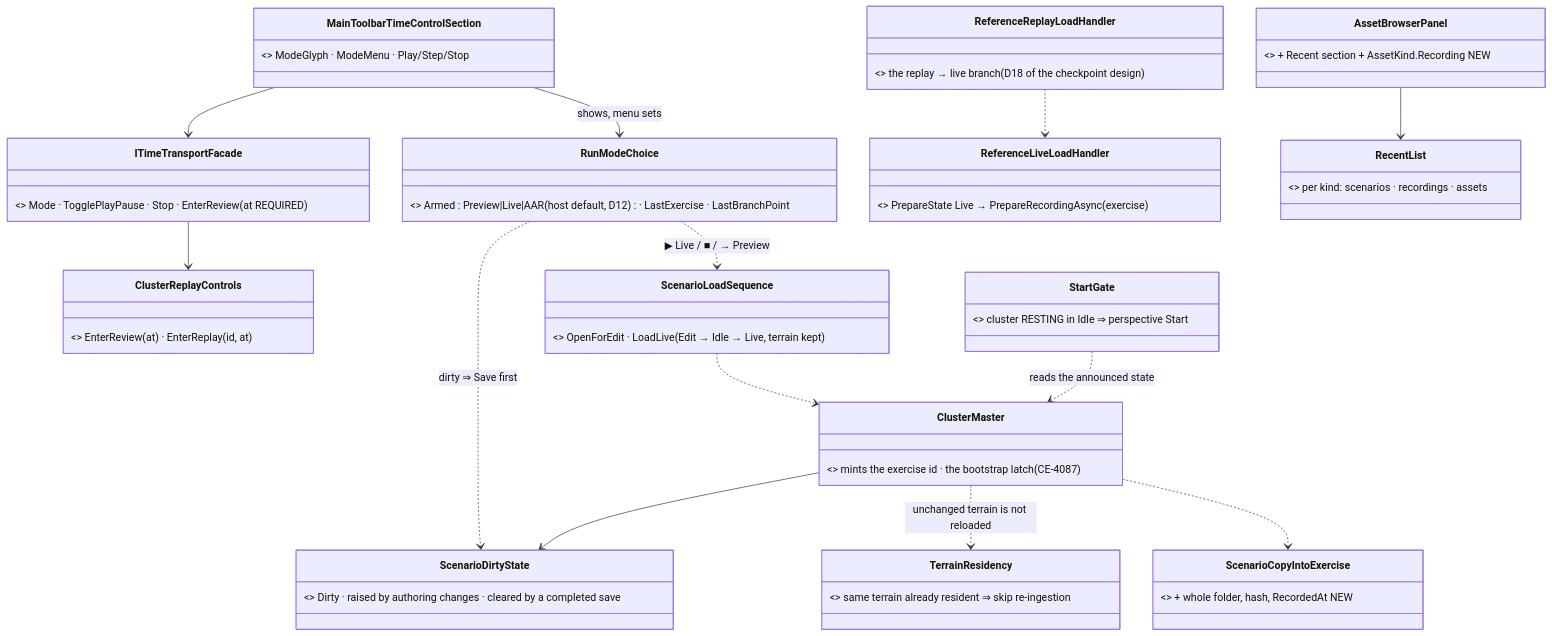
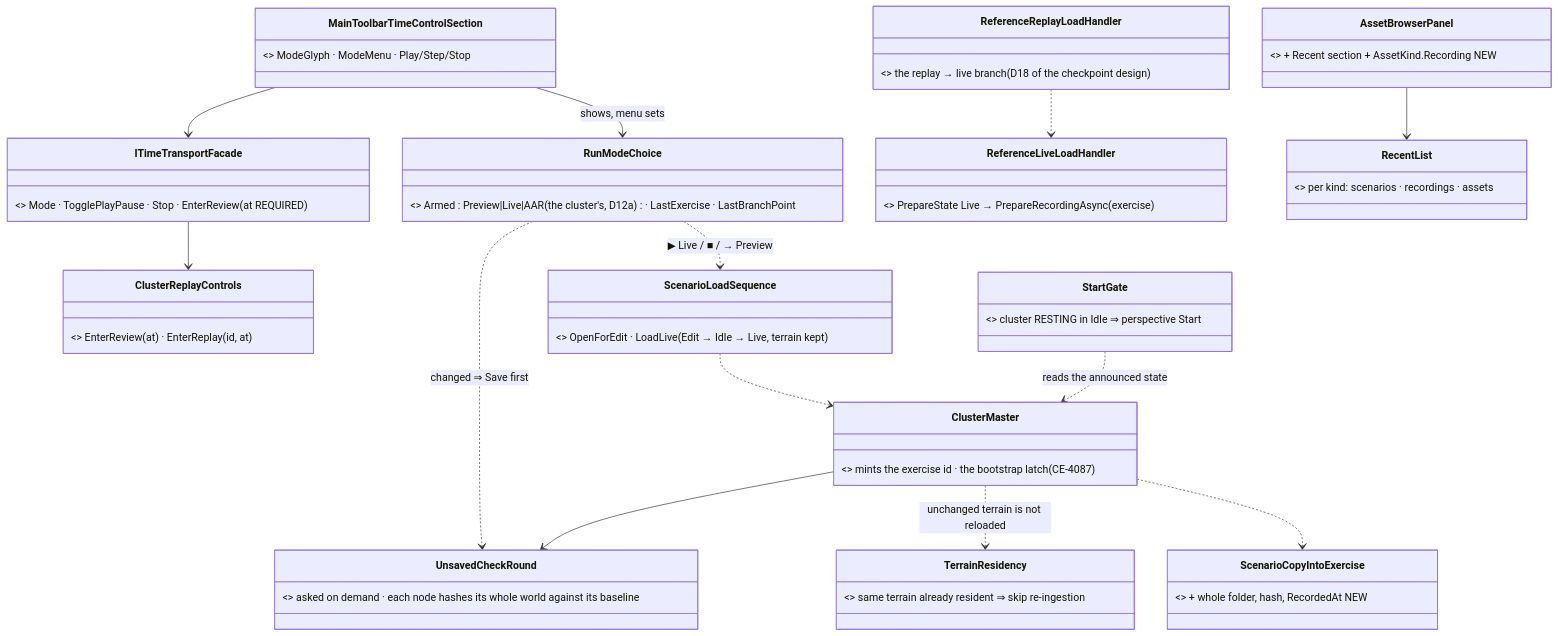
One commit to pjanec/HROT changed the second of 28 diagrams in docs/blueprints/Architect_Question_108_Run_Mode_Picker.md. Above: the diagram before and after it, drawn with Mermaid. The commit also changed other lines of this file and 4 other files, not shown here.

````diff
--- a/docs/blueprints/Architect_Question_108_Run_Mode_Picker.md
+++ b/docs/blueprints/Architect_Question_108_Run_Mode_Picker.md
@@ -145,29 +146,29 @@
 ```mermaid
 classDiagram
   class MainToolbarTimeControlSection { <<existing>> ModeGlyph · ModeMenu · Play/Step/Stop }
   class ITimeTransportFacade { <<existing>> Mode · TogglePlayPause · Stop · EnterReview(at REQUIRED) }
-  class RunModeChoice { <<NEW>> Armed : Preview|Live|AAR (host default, D12) · LastExercise · LastBranchPoint }
+  class RunModeChoice { <<NEW>> Armed : Preview|Live|AAR (the cluster's, D12a) · LastExercise · LastBranchPoint }
   class ClusterReplayControls { <<existing>> EnterReview(at) · EnterReplay(id, at) }
   class ScenarioLoadSequence { <<existing, the ONE load path>> OpenForEdit · LoadLive (Edit → Idle → Live, terrain kept) }
   class TerrainResidency { <<existing>> same terrain already resident ⇒ skip re-ingestion }
-  class ScenarioDirtyState { <<NEW, master-held>> Dirty · raised by authoring changes · cleared by a completed save }
+  class UnsavedCheckRound { <<NEW, D20 — §4a, §4b>> asked on demand · each node hashes its whole world against its baseline }
   class StartGate { <<NEW, shared presentation layer>> cluster RESTING in Idle ⇒ perspective Start }
   class ReferenceReplayLoadHandler { <<existing>> the replay → live branch (D18 of the checkpoint design) }
   class ReferenceLiveLoadHandler { <<existing>> PrepareState Live → PrepareRecordingAsync(exercise) }
   class ClusterMaster { <<existing>> mints the exercise id · the bootstrap latch (CE-4087) }
   class ScenarioCopyIntoExercise { <<existing CE-3119>> + whole folder, hash, RecordedAt NEW }
   class RecentList { <<NEW, user folder>> per kind: scenarios · recordings · assets }
   class AssetBrowserPanel { <<existing>> + Recent section + AssetKind.Recording NEW }
   MainToolbarTimeControlSection --> ITimeTransportFacade
   MainToolbarTimeControlSection --> RunModeChoice : shows, menu sets
   ITimeTransportFacade --> ClusterReplayControls
-  RunModeChoice ..> ScenarioDirtyState : dirty ⇒ Save first
+  RunModeChoice ..> UnsavedCheckRound : changed ⇒ Save first
   RunModeChoice ..> ScenarioLoadSequence : ▶ Live / ■ / → Preview
   ScenarioLoadSequence ..> ClusterMaster
   ClusterMaster ..> TerrainResidency : unchanged terrain is not reloaded
   ClusterMaster ..> ScenarioCopyIntoExercise
-  ClusterMaster --> ScenarioDirtyState
+  ClusterMaster --> UnsavedCheckRound
   ReferenceReplayLoadHandler ..> ReferenceLiveLoadHandler
   AssetBrowserPanel --> RecentList
   StartGate ..> ClusterMaster : reads the announced state
 ```
````
